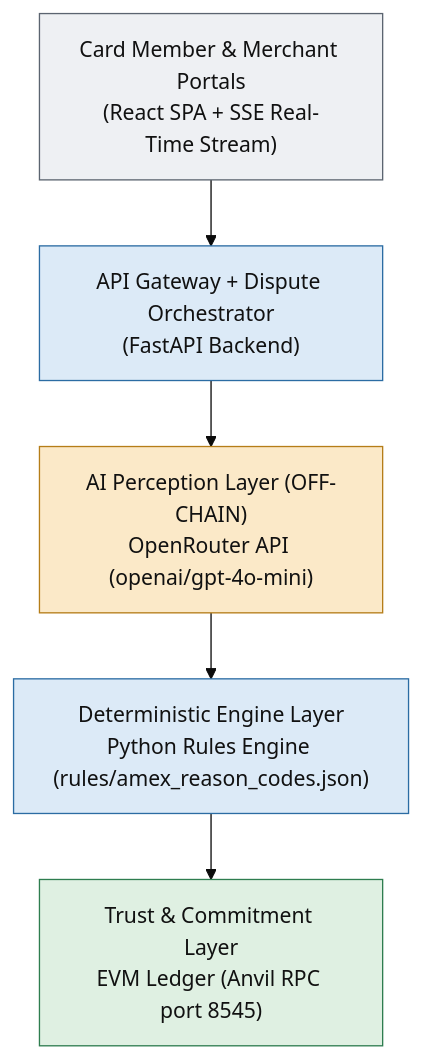
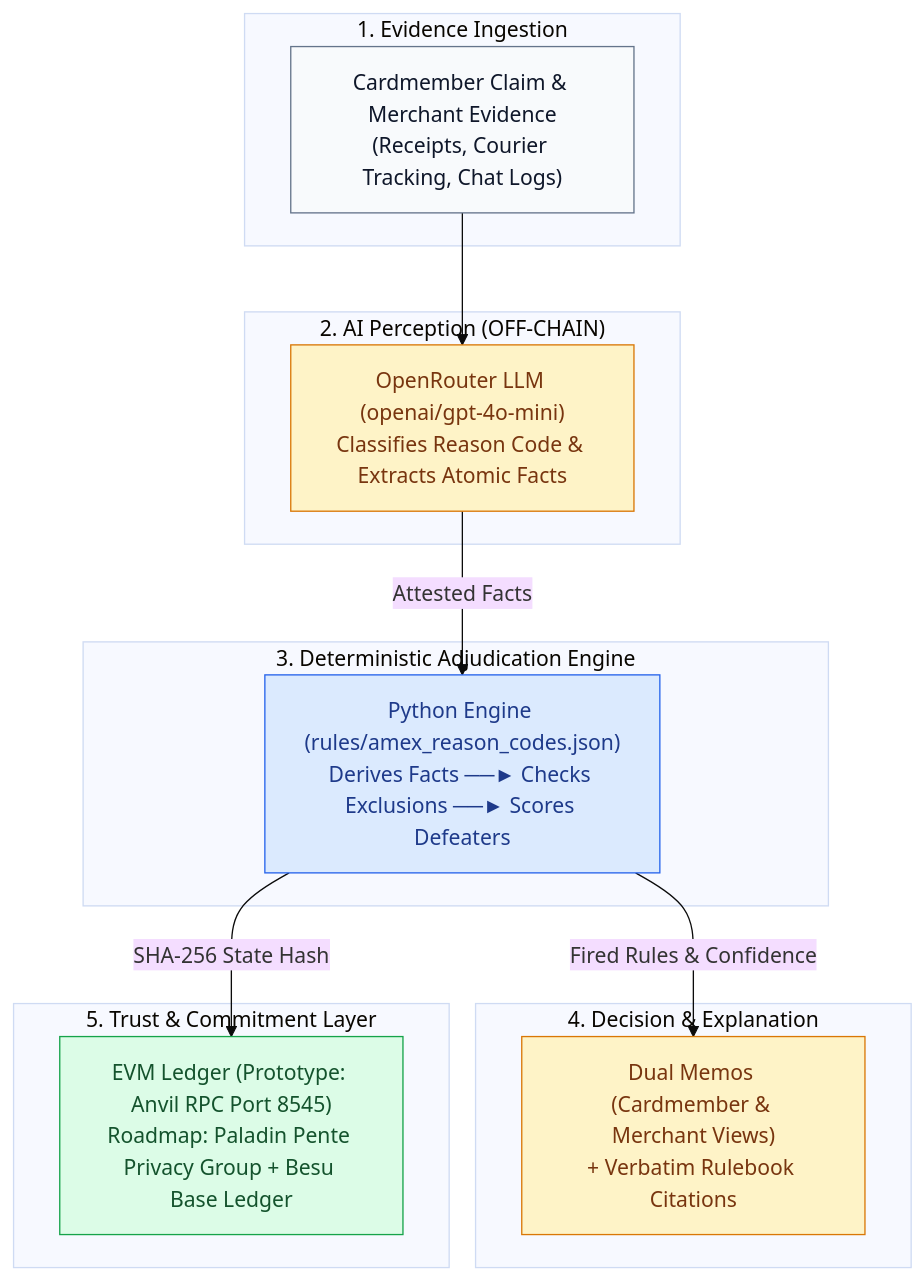
The second of 2 diagrams in PRESENTATION_DECK.md (sogalabhi/amex-prototype), drawn with Mermaid (base theme) before and after one commit.

Commit message:
docs: replace dual multi-layer diagram with unified 1-page architecture diagram on Slide 6

````diff
--- a/PRESENTATION_DECK.md
+++ b/PRESENTATION_DECK.md
@@ -102,22 +102,37 @@
 ```mermaid
-flowchart TB
-    U["Card Member & Merchant Portals<br/>(React SPA + SSE Real-Time Stream)"]
-    ORCH["API Gateway + Dispute Orchestrator<br/>(FastAPI Backend)"]
-    AI["AI Perception Layer (OFF-CHAIN)<br/>OpenRouter API (openai/gpt-4o-mini)"]
-    DET["Deterministic Engine Layer<br/>Python Rules Engine (rules/amex_reason_codes.json)"]
-    EVM["Trust & Commitment Layer<br/>EVM Ledger (Anvil RPC port 8545)"]
+flowchart TD
+    subgraph INGEST ["1. Evidence Ingestion"]
+        E1["Cardmember Claim & Merchant Evidence<br/>(Receipts, Courier Tracking, Chat Logs)"]
+    end
 
-    U --> ORCH
-    ORCH --> AI
-    AI --> DET
-    DET --> EVM
+    subgraph PERCEPTION ["2. AI Perception (OFF-CHAIN)"]
+        AI1["OpenRouter LLM (openai/gpt-4o-mini)<br/>Classifies Reason Code & Extracts Atomic Facts"]
+    end
 
-    classDef ui fill:#eef0f3,stroke:#5b6470,color:#111;
-    classDef det fill:#dceaf7,stroke:#2b6ca3,color:#111;
-    classDef ai fill:#fbe9c8,stroke:#b57d18,color:#111;
-    classDef chain fill:#dff0e2,stroke:#2e7d4f,color:#111;
-    class U ui;
-    class ORCH,DET det;
-    class AI ai;
-    class EVM chain;
+    subgraph ENGINE ["3. Deterministic Adjudication Engine"]
+        ENG1["Python Engine (rules/amex_reason_codes.json)<br/>Derives Facts ──► Checks Exclusions ──► Scores Defeaters"]
+    end
+
+    subgraph VERDICT ["4. Decision & Explanation"]
+        MEMO["Dual Memos (Cardmember & Merchant Views)<br/>+ Verbatim Rulebook Citations"]
+    end
+
+    subgraph LEDGER ["5. Trust & Commitment Layer"]
+        CHAIN["EVM Ledger (Prototype: Anvil RPC Port 8545)<br/>Roadmap: Paladin Pente Privacy Group + Besu Base Ledger"]
+    end
+
+    E1 --> AI1
+    AI1 -- "Attested Facts" --> ENG1
+    ENG1 -- "Fired Rules & Confidence" --> MEMO
+    ENG1 -- "SHA-256 State Hash" --> CHAIN
+
+    classDef stage fill:#f8fafc,stroke:#64748b,color:#0f172a;
+    classDef ai fill:#fef3c7,stroke:#d97706,color:#78350f;
+    classDef py fill:#dbeafe,stroke:#2563eb,color:#1e3a8a;
+    classDef ledger fill:#dcfce7,stroke:#16a34a,color:#14532d;
+
+    class E1 stage;
+    class AI1,MEMO ai;
+    class ENG1 py;
+    class CHAIN ledger;
 ```
````
